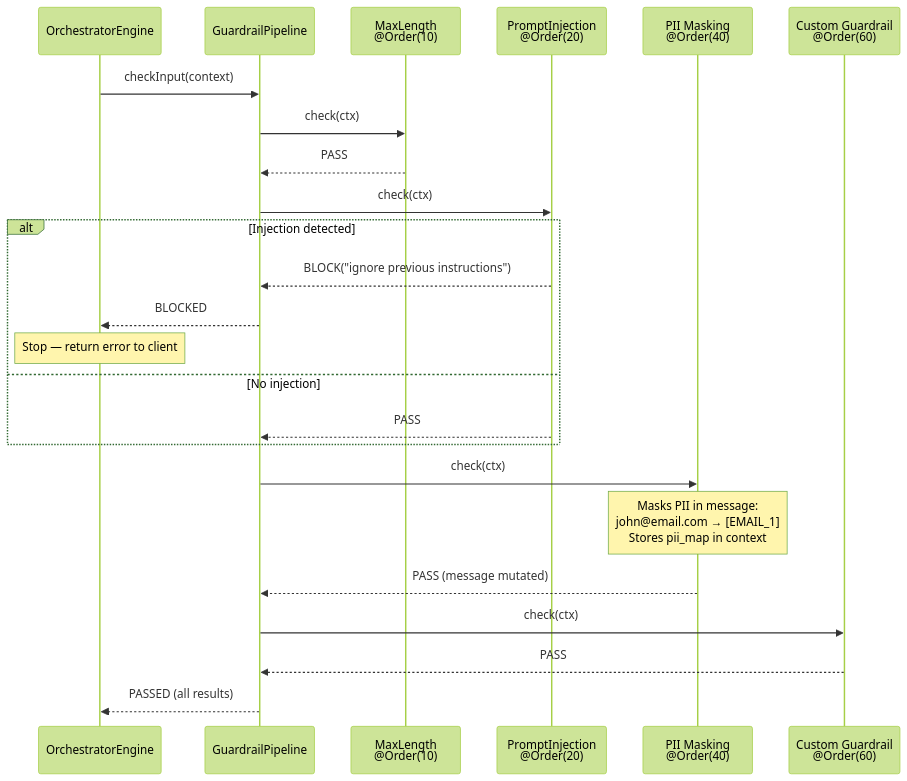
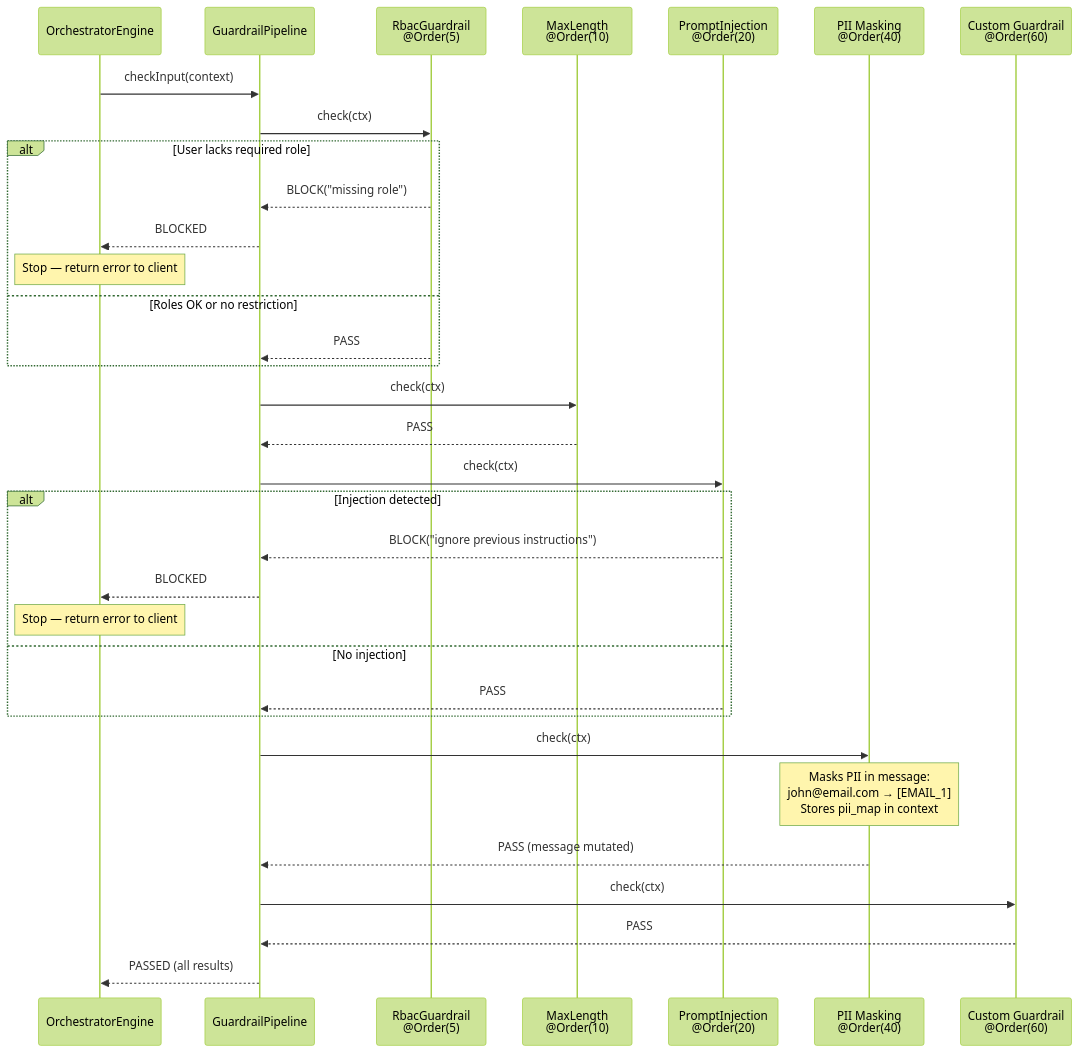
The sixth of 8 diagrams in docs/architecture-diagrams.md (GiskardB/gargantua), drawn with Mermaid (forest theme) before and after one commit. The commit also changed other lines of this file, not shown here.

Commit message:
docs: update architecture diagrams for A2A and Audit
https://claude.ai/code/session_012kEHWo1XE4pHGYbSMT6tLZ

````diff
--- a/docs/architecture-diagrams.md
+++ b/docs/architecture-diagrams.md
@@ -231,33 +231,43 @@
 ```mermaid
 sequenceDiagram
     participant Engine as OrchestratorEngine
     participant Pipeline as GuardrailPipeline
+    participant G0 as RbacGuardrail<br/>@Order(5)
     participant G1 as MaxLength<br/>@Order(10)
     participant G2 as PromptInjection<br/>@Order(20)
     participant G3 as PII Masking<br/>@Order(40)
     participant GN as Custom Guardrail<br/>@Order(60)
 
     Engine->>Pipeline: checkInput(context)
+
+    Pipeline->>G0: check(ctx)
+    alt User lacks required role
+        G0-->>Pipeline: BLOCK("missing role")
+        Pipeline-->>Engine: BLOCKED
+        Note over Engine: Stop — return error to client
+    else Roles OK or no restriction
+        G0-->>Pipeline: PASS
+    end
 
     Pipeline->>G1: check(ctx)
     G1-->>Pipeline: PASS
 
     Pipeline->>G2: check(ctx)
 
     alt Injection detected
         G2-->>Pipeline: BLOCK("ignore previous instructions")
         Pipeline-->>Engine: BLOCKED
         Note over Engine: Stop — return error to client
     else No injection
         G2-->>Pipeline: PASS
     end
 
     Pipeline->>G3: check(ctx)
     Note over G3: Masks PII in message:<br/>john@email.com → [EMAIL_1]<br/>Stores pii_map in context
     G3-->>Pipeline: PASS (message mutated)
 
     Pipeline->>GN: check(ctx)
     GN-->>Pipeline: PASS
 
     Pipeline-->>Engine: PASSED (all results)
 ```
````
